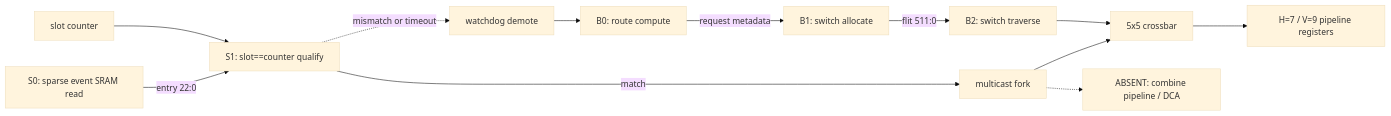
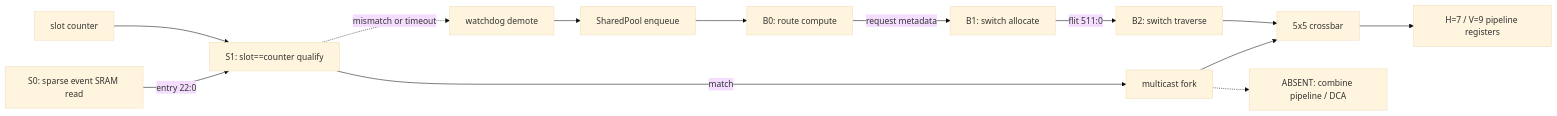
One commit to lukebest/booksim2 changed the diagram in docs/phase-3-uarch/uarch.md. Above: the diagram before and after it, drawn with Mermaid (base theme). The commit also changed other lines of this file and 30 other files, not shown here.

First line of the commit message:
dse: Trial 4 Arch-A4 SharedPool-BG — area 0.822×

````diff
--- a/docs/phase-3-uarch/uarch.md
+++ b/docs/phase-3-uarch/uarch.md
@@ -15,15 +16,16 @@
 ```mermaid
 flowchart LR
   C0[S0: sparse event SRAM read] -->|entry 22:0| C1[S1: slot==counter qualify]
   CTR[slot counter] --> C1
   C1 -->|match| FORK[multicast fork]
   FORK --> XBAR[5x5 crossbar]
   B0[B0: route compute] -->|request metadata| B1[B1: switch allocate]
   B1 -->|flit 511:0| B2[B2: switch traverse]
   B2 --> XBAR
   XBAR --> LINK[H=7 / V=9 pipeline registers]
   C1 -.->|mismatch or timeout| WD[watchdog demote]
-  WD --> B0
+  WD --> POOL[SharedPool enqueue]
+  POOL --> B0
   ABSENT[ABSENT: combine pipeline / DCA]
   FORK -.-> ABSENT
 ```
````
